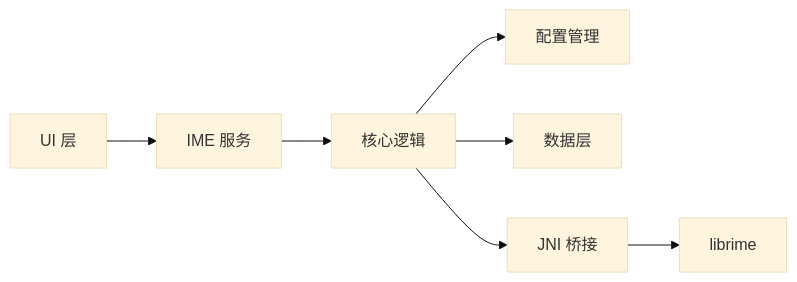
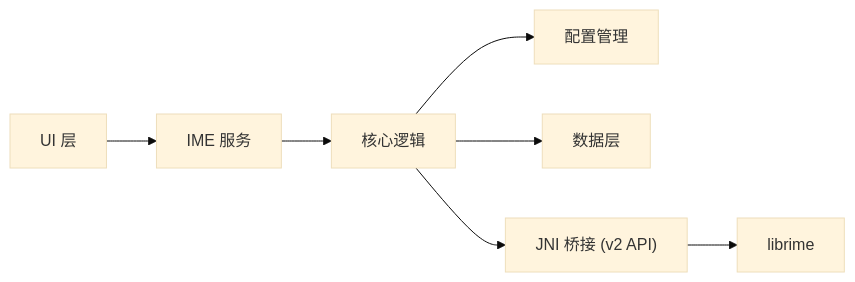
One commit to qiaodashaoye/ziyou-ime changed the eighth of 8 diagrams in .qoder/repowiki/zh/content/项目概览/架构概览.md. Above: the diagram before and after it, drawn with Mermaid (base theme). The commit also changed other lines of this file and 11 other files, not shown here.

````diff
--- a/.qoder/repowiki/zh/content/项目概览/架构概览.md
+++ b/.qoder/repowiki/zh/content/项目概览/架构概览.md
@@ -400,9 +409,9 @@
 ```mermaid
 graph LR
 UI["UI 层"] --> Service["IME 服务"]
 Service --> Core["核心逻辑"]
 Core --> Config["配置管理"]
 Core --> Data["数据层"]
-Core --> JNI["JNI 桥接"]
+Core --> JNI["JNI 桥接 (v2 API)"]
 JNI --> Librime["librime"]
 ```
````
